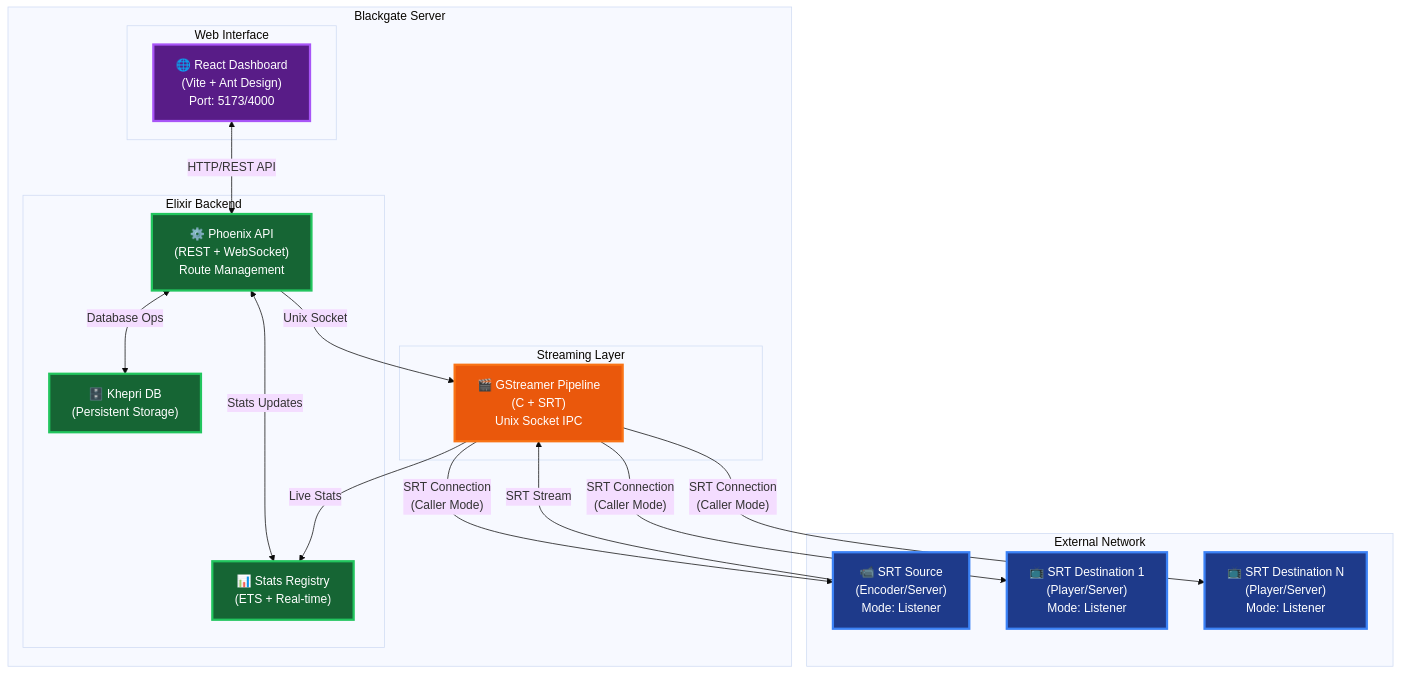
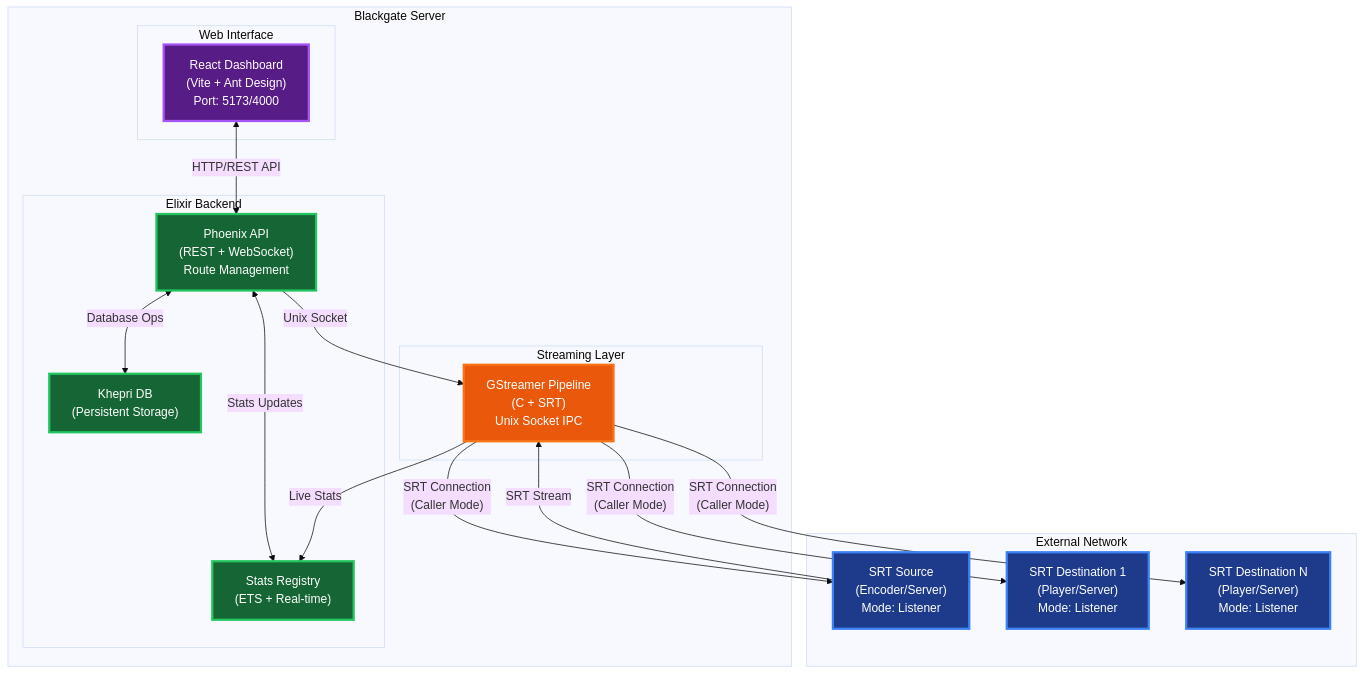
Before and after one commit to visual-alchemy/blackgate-project: the second of 2 diagrams in README.md, drawn with Mermaid (base theme). The commit also changed other lines of this file and 5 other files, not shown here.

````diff
--- a/README.md
+++ b/README.md
@@ -133,48 +113,45 @@
 ```mermaid
 graph TB
     subgraph "Blackgate Server"
         subgraph "Web Interface"
-            A["🌐 React Dashboard<br/>(Vite + Ant Design)<br/>Port: 5173/4000"]
+            A["React Dashboard<br/>(Vite + Ant Design)<br/>Port: 5173/4000"]
         end
         
         subgraph "Elixir Backend"
-            B["⚙️ Phoenix API<br/>(REST + WebSocket)<br/>Route Management"]
-            C["📊 Stats Registry<br/>(ETS + Real-time)"]
-            D["🗄️ Khepri DB<br/>(Persistent Storage)"]
+            B["Phoenix API<br/>(REST + WebSocket)<br/>Route Management"]
+            C["Stats Registry<br/>(ETS + Real-time)"]
+            D["Khepri DB<br/>(Persistent Storage)"]
         end
         
         subgraph "Streaming Layer"
-            E["🎬 GStreamer Pipeline<br/>(C + SRT)<br/>Unix Socket IPC"]
+            E["GStreamer Pipeline<br/>(C + SRT)<br/>Unix Socket IPC"]
         end
     end
     
     subgraph "External Network"
-        F["📹 SRT Source<br/>(Encoder/Server)<br/>Mode: Listener"]
-        G["📺 SRT Destination 1<br/>(Player/Server)<br/>Mode: Listener"]
-        H["📺 SRT Destination N<br/>(Player/Server)<br/>Mode: Listener"]
+        F["SRT Source<br/>(Encoder/Server)<br/>Mode: Listener"]
+        G["SRT Destination 1<br/>(Player/Server)<br/>Mode: Listener"]
+        H["SRT Destination N<br/>(Player/Server)<br/>Mode: Listener"]
     end
     
-    %% Data Flow
     E -->|"SRT Connection<br/>(Caller Mode)"| F
     F -->|"SRT Stream"| E
     E -->|"SRT Connection<br/>(Caller Mode)"| G
     E -->|"SRT Connection<br/>(Caller Mode)"| H
     
-    %% Control Flow
     A <-->|"HTTP/REST API"| B
     B <-->|"Database Ops"| D
     B <-->|"Stats Updates"| C
     B -->|"Unix Socket"| E
     E -->|"Live Stats"| C
     
-    %% Styling
     classDef external fill:#1e3a8a,stroke:#3b82f6,stroke-width:3px,color:#ffffff
     classDef ui fill:#581c87,stroke:#a855f7,stroke-width:3px,color:#ffffff
     classDef backend fill:#166534,stroke:#22c55e,stroke-width:3px,color:#ffffff
     classDef streaming fill:#ea580c,stroke:#f97316,stroke-width:3px,color:#ffffff
     
     class F,G,H external
     class A ui
     class B,C,D backend
     class E streaming
 ```
````
